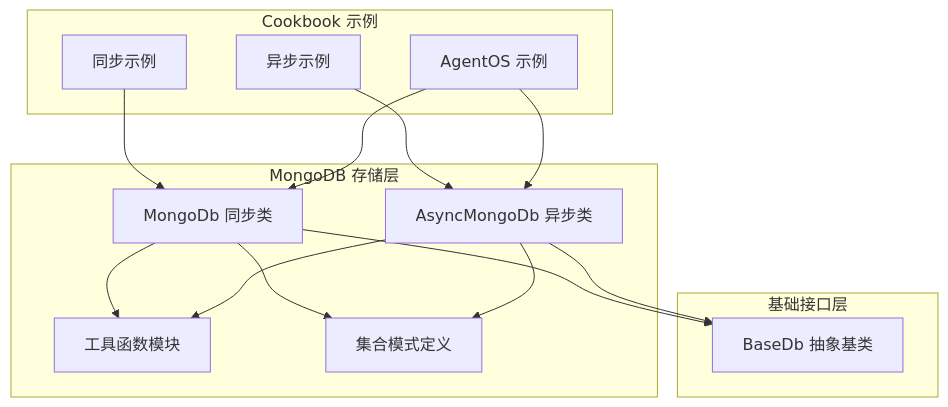
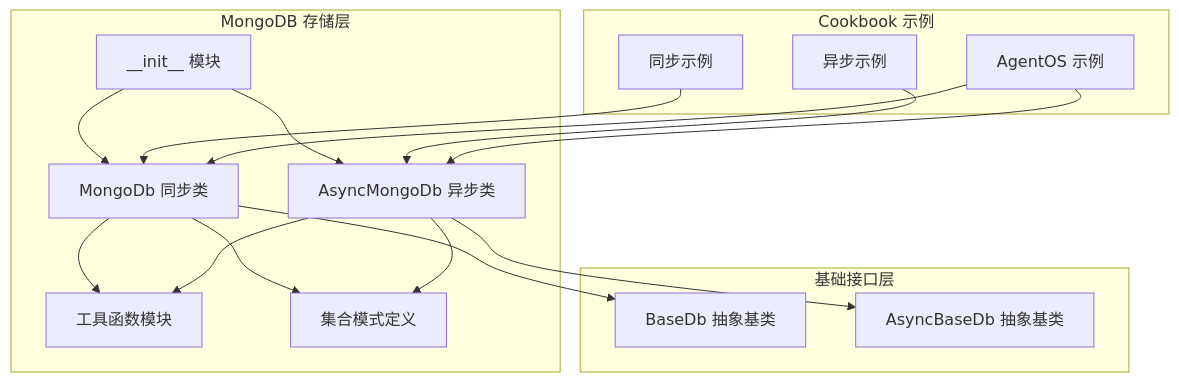
The first of 6 diagrams in .qoder/repowiki/zh/content/存储系统/数据库实现/MongoDB 存储实现.md (defulat-coder/agno-learn), drawn with Mermaid before and after one commit. The commit also changed other lines of this file and 1683 other files, not shown here.

````diff
--- a/.qoder/repowiki/zh/content/存储系统/数据库实现/MongoDB 存储实现.md
+++ b/.qoder/repowiki/zh/content/存储系统/数据库实现/MongoDB 存储实现.md
@@ -38,27 +48,31 @@
 ```mermaid
 graph TB
 subgraph "MongoDB 存储层"
 MongoDb[MongoDb 同步类]
 AsyncMongoDb[AsyncMongoDb 异步类]
 Utils[工具函数模块]
 Schemas[集合模式定义]
+Init[__init__ 模块]
 end
 subgraph "基础接口层"
 BaseDb[BaseDb 抽象基类]
+AsyncBaseDb[AsyncBaseDb 抽象基类]
 end
 subgraph "Cookbook 示例"
 SyncExample[同步示例]
 AsyncExample[异步示例]
 AgentOSExample[AgentOS 示例]
 end
 MongoDb --> BaseDb
-AsyncMongoDb --> BaseDb
+AsyncMongoDb --> AsyncBaseDb
 MongoDb --> Utils
 AsyncMongoDb --> Utils
 MongoDb --> Schemas
 AsyncMongoDb --> Schemas
+Init --> MongoDb
+Init --> AsyncMongoDb
 SyncExample --> MongoDb
 AsyncExample --> AsyncMongoDb
 AgentOSExample --> MongoDb
 AgentOSExample --> AsyncMongoDb
 ```
````
